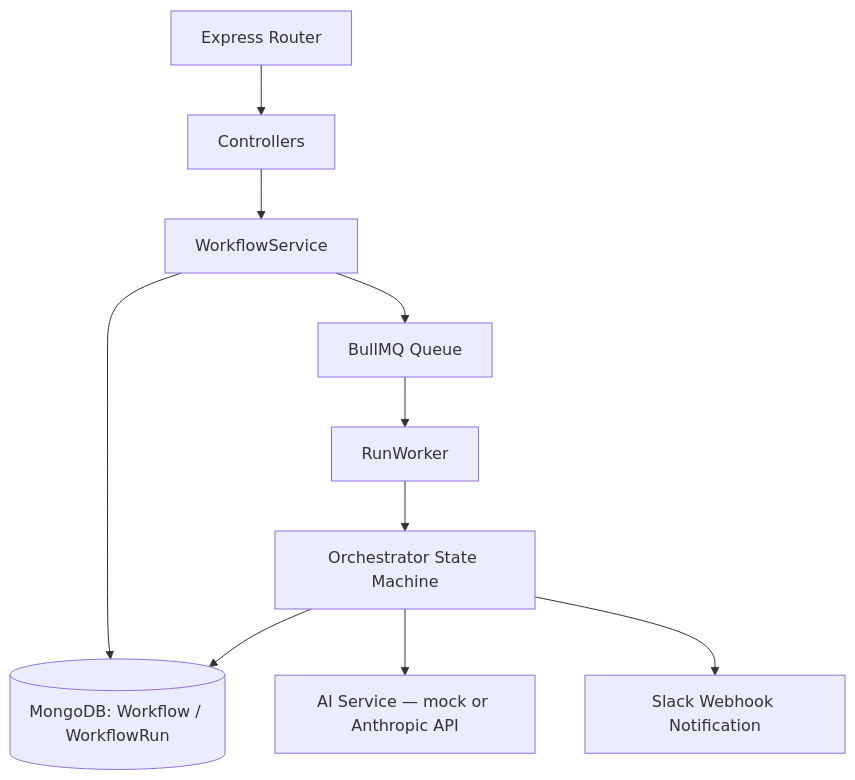
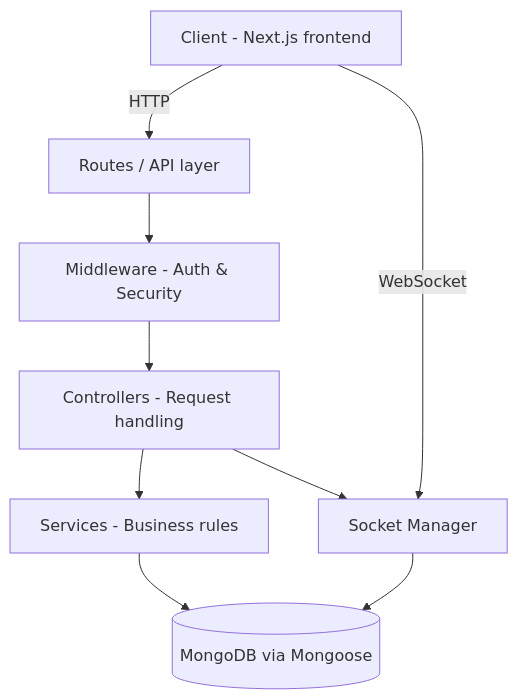
The first of 5 diagrams in backend/README.md (mohammed-dev-stack/ai-workflow-orchestrator), drawn with Mermaid before and after one commit. The commit also changed other lines of this file, not shown here.

````diff
--- a/backend/README.md
+++ b/backend/README.md
@@ -46,12 +63,11 @@
 ```mermaid
 graph TD
-    A[Express Router] --> B[Controllers]
-    B --> C[WorkflowService]
-    C --> D[(MongoDB: Workflow / WorkflowRun)]
-    C --> E[BullMQ Queue]
-    E --> F[RunWorker]
-    F --> G[Orchestrator State Machine]
-    G --> D
-    G --> H[AI Service — mock or Anthropic API]
-    G --> I[Slack Webhook Notification]
+    A[Client - Next.js frontend] -->|HTTP| B[Routes / API layer]
+    A -->|WebSocket| G[Socket Manager]
+    B --> C[Middleware - Auth & Security]
+    C --> D[Controllers - Request handling]
+    D --> E[Services - Business rules]
+    E --> F[(MongoDB via Mongoose)]
+    D --> G
+    G --> F
 ```
````
